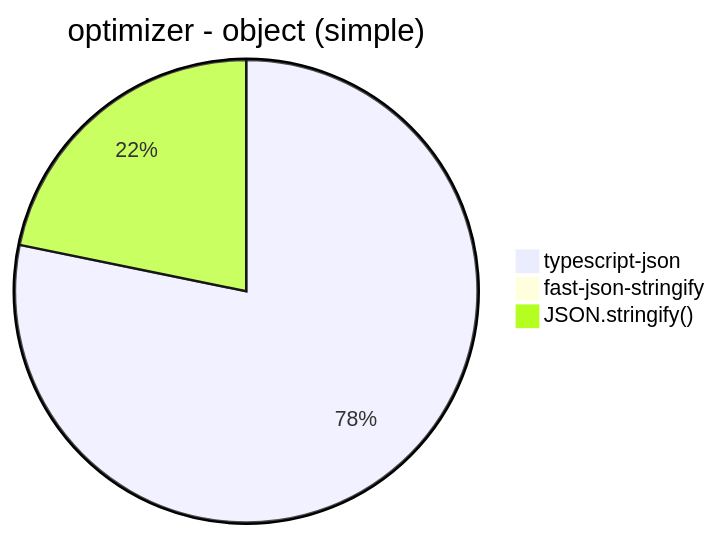
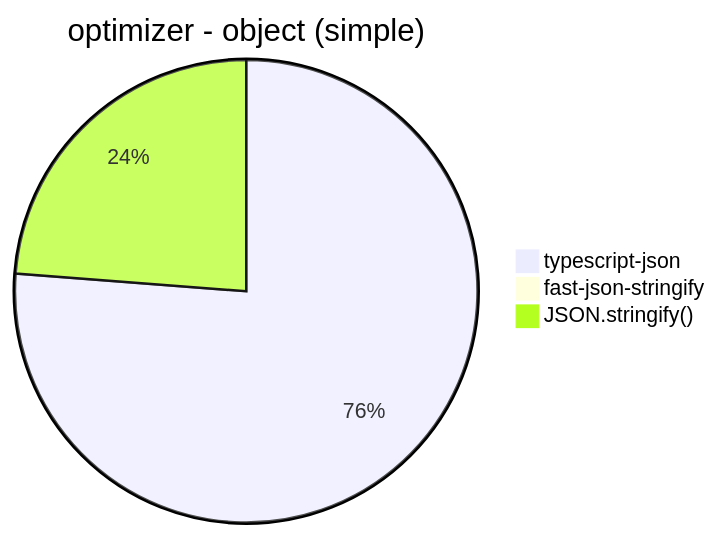
Before and after one commit to samchon/typia: diagram 15 of 30 in benchmark/results/Apple M1 Pro.md, drawn with Mermaid. The commit also changed other lines of this file, not shown here.

````diff
--- a/benchmark/results/Apple M1 Pro.md
+++ b/benchmark/results/Apple M1 Pro.md
@@ -157,6 +157,6 @@
 ```mermaid
 pie title optimizer - object (simple)
-  "typescript-json": 37382.573057733425
-  "fast-json-stringify": 6.329113924050633
-  "JSON.stringify()": 10412.5
+  "typescript-json": 50703.53330879647
+  "fast-json-stringify": 9.645738337425465
+  "JSON.stringify()": 15818.349640022154
 ```
````
